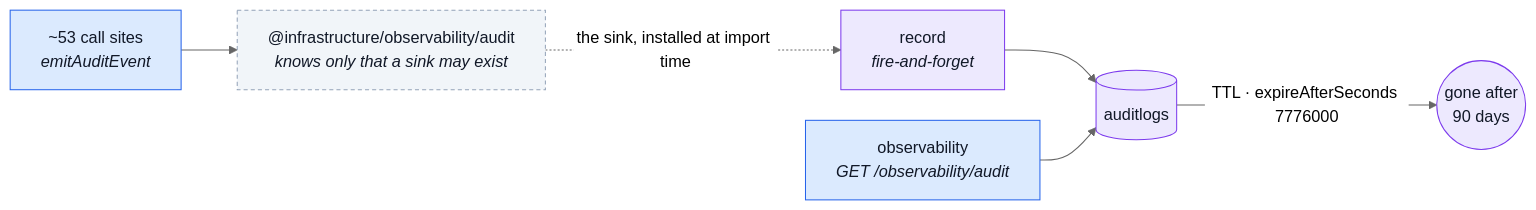
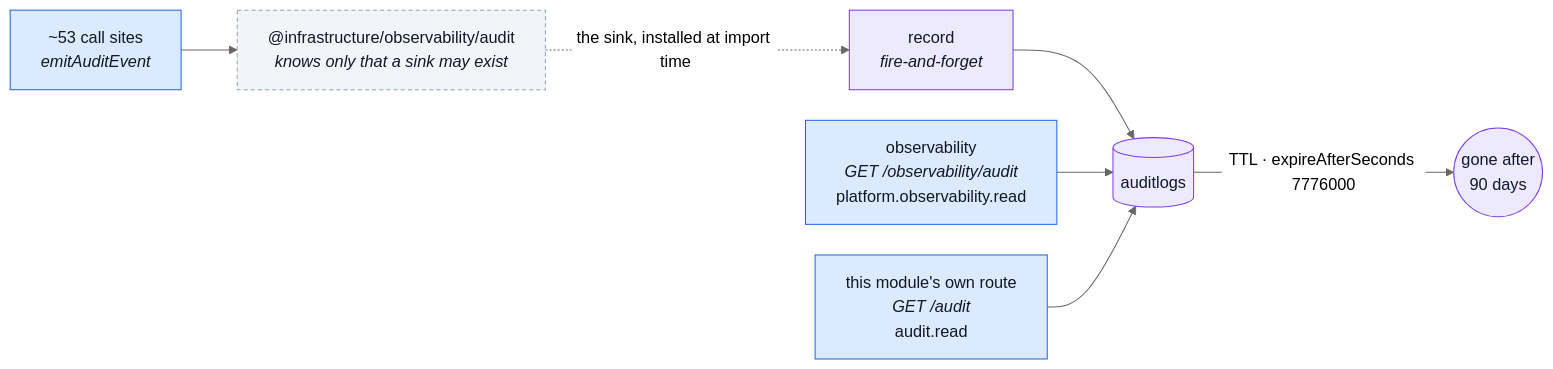
One commit to Guebbit/boilerplate-node-backend changed the second of 2 diagrams in docs/modules/audit-logs.md. Above: the diagram before and after it, drawn with Mermaid (neutral theme). The commit also changed other lines of this file and 10 other files, not shown here.

````diff
--- a/docs/modules/audit-logs.md
+++ b/docs/modules/audit-logs.md
@@ -70,16 +77,17 @@
 ```mermaid
 %%{init: {'flowchart': {'nodeSpacing': 30, 'rankSpacing': 55}}}%%
 flowchart LR
     C["~53 call sites<br/><i>emitAuditEvent</i>"] --> P["@infrastructure/observability/audit<br/><i>knows only that a sink may exist</i>"]
     P -.->|"the sink, installed at import time"| R["record<br/><i>fire-and-forget</i>"]
     R --> M[("auditlogs")]
     M -->|"TTL · expireAfterSeconds 7776000"| X(("gone after<br/>90 days"))
-    O["observability<br/><i>GET /observability/audit</i>"] --> M
+    O["observability<br/><i>GET /observability/audit</i><br/>platform.observability.read"] --> M
+    S["this module's own route<br/><i>GET /audit</i><br/>audit.read"] --> M
 
     classDef caller fill:#dbeafe,stroke:#2563eb,color:#111827;
     classDef seam fill:#f1f5f9,stroke:#94a3b8,color:#111827,stroke-dasharray:4 3;
     classDef own fill:#ede9fe,stroke:#7c3aed,color:#111827;
-    class C,O caller;
+    class C,O,S caller;
     class P seam;
     class R,M,X own;
 ```
````
